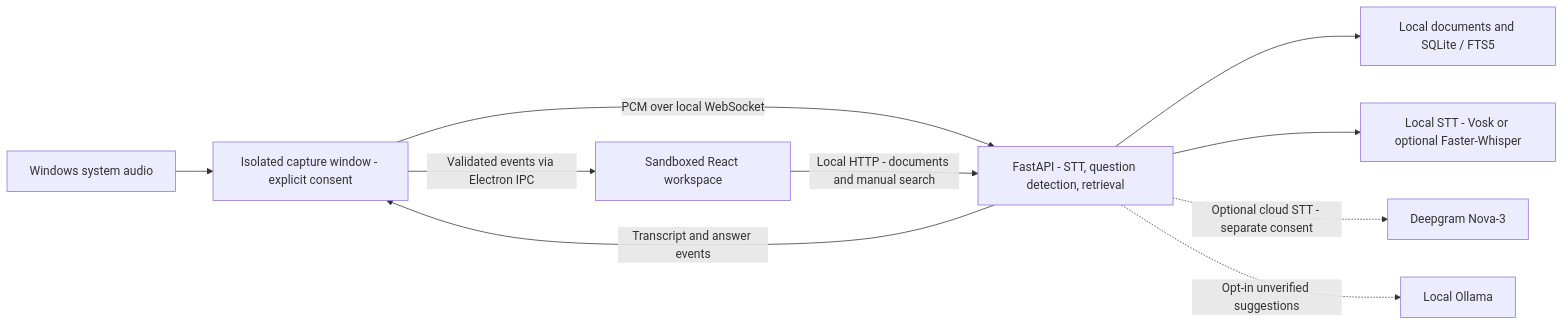
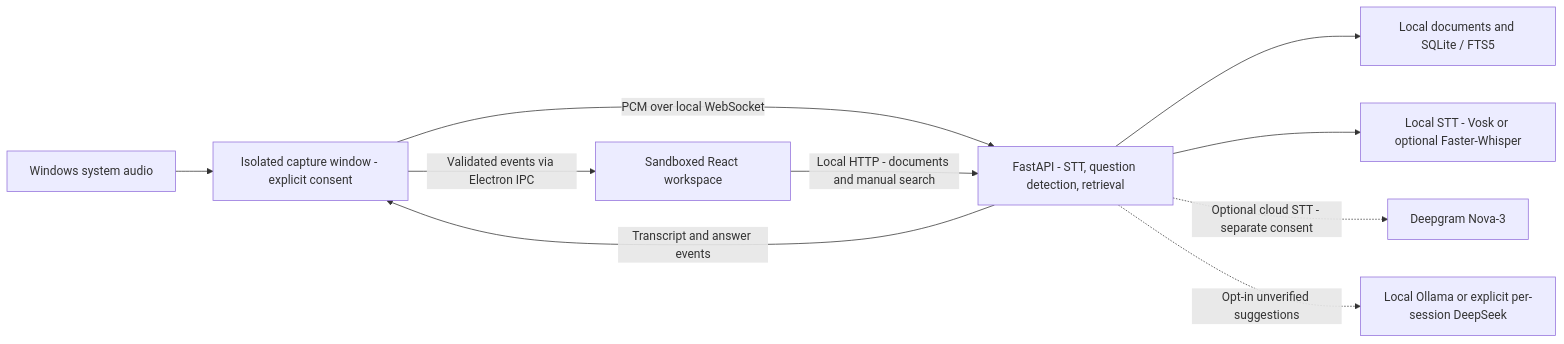
The diagram in README.md (RoCalderon1405/interview-copilot), drawn with Mermaid before and after one commit. The commit also changed other lines of this file and 22 other files, not shown here.

Commit message:
feat(live): add explicit LLM provider selection

````diff
--- a/README.md
+++ b/README.md
@@ -48,12 +48,12 @@
 ```mermaid
 flowchart LR
     Audio["Windows system audio"] --> Capture["Isolated capture window - explicit consent"]
     Capture -->|"PCM over local WebSocket"| API["FastAPI - STT, question detection, retrieval"]
     Capture -->|"Validated events via Electron IPC"| UI["Sandboxed React workspace"]
     API -->|"Transcript and answer events"| Capture
     UI -->|"Local HTTP - documents and manual search"| API
     API --> Store["Local documents and SQLite / FTS5"]
     API --> Local["Local STT - Vosk or optional Faster-Whisper"]
     API -.->|"Optional cloud STT - separate consent"| Cloud["Deepgram Nova-3"]
-    API -.->|"Opt-in unverified suggestions"| LLM["Local Ollama"]
+    API -.->|"Opt-in unverified suggestions"| LLM["Local Ollama or explicit per-session DeepSeek"]
 ```
````
